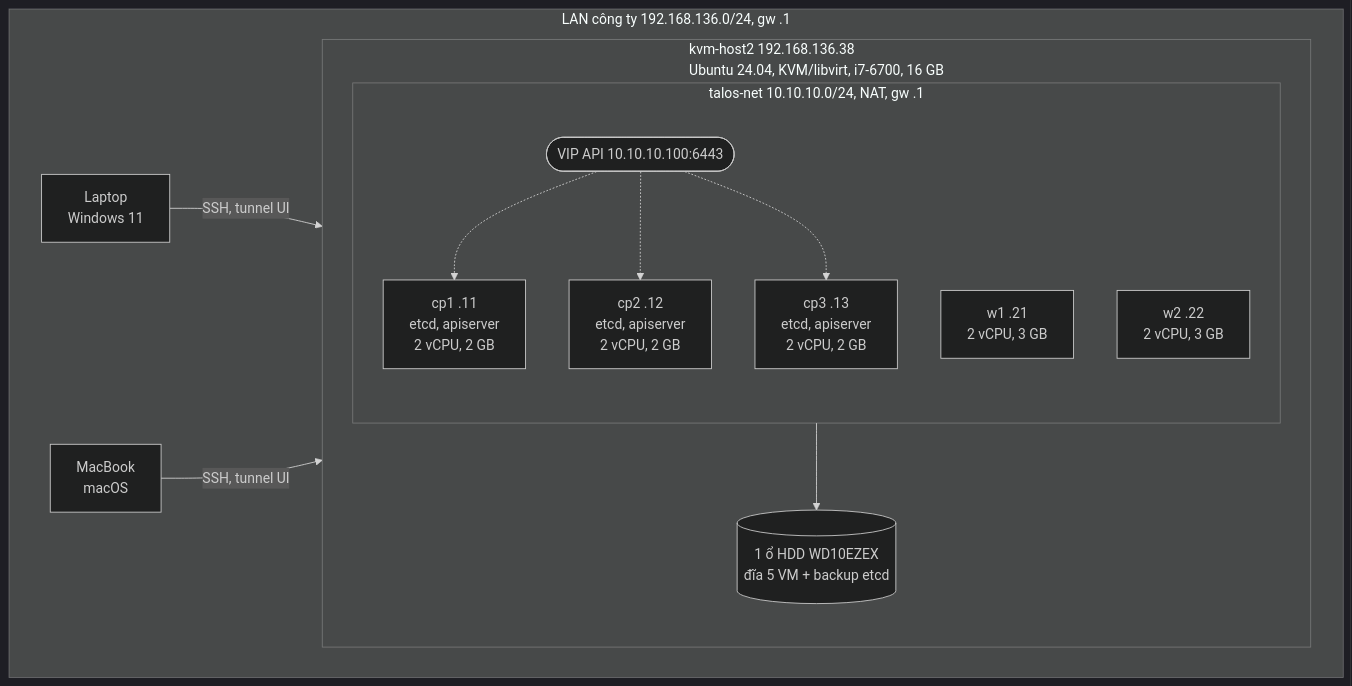
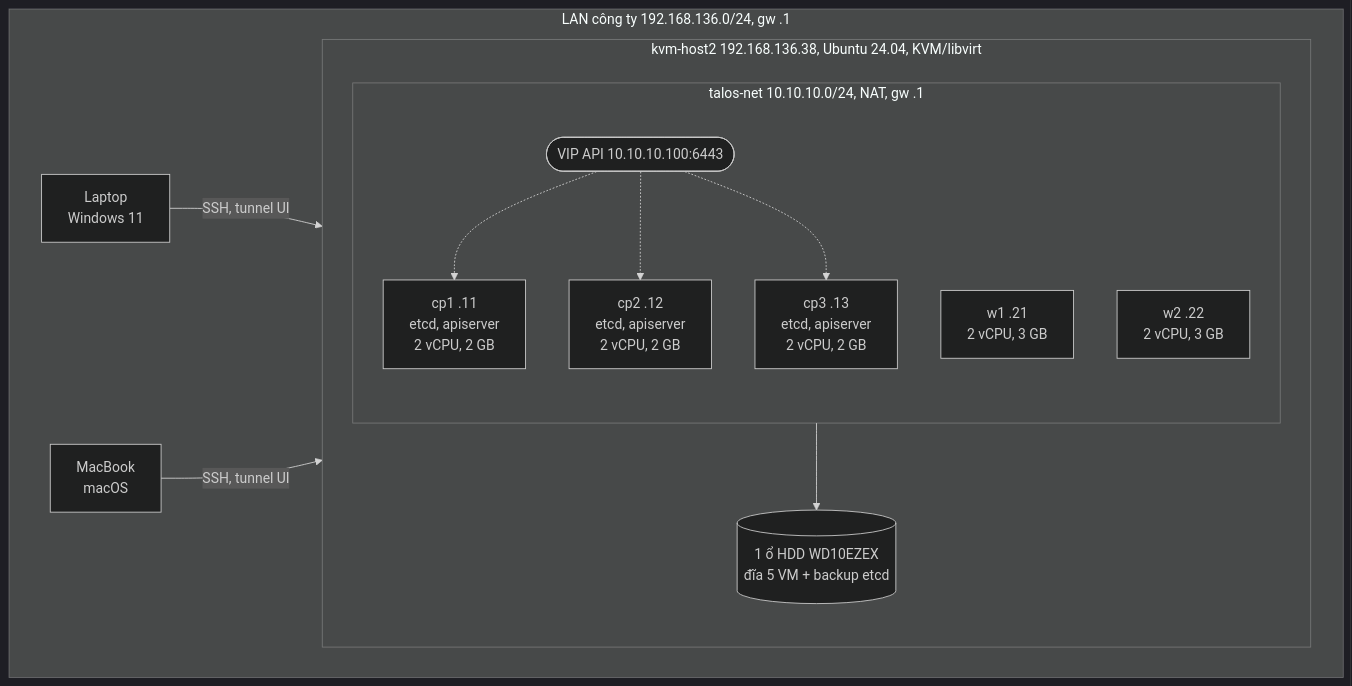
One commit to hungkobe273/talos-gitops changed the first of 3 diagrams in docs/kien-truc.md. Above: the diagram before and after it, drawn with Mermaid (dark theme).

Commit message:
docs: shorten kvm-host2 label so diagram titles do not overlap

````diff
--- a/docs/kien-truc.md
+++ b/docs/kien-truc.md
@@ -11,24 +11,24 @@
 ```mermaid
 flowchart TB
   subgraph LAN["LAN công ty 192.168.136.0/24, gw .1"]
     laptop["Laptop<br/>Windows 11"]
     mac["MacBook<br/>macOS"]
-    subgraph host2["kvm-host2 192.168.136.38<br/>Ubuntu 24.04, KVM/libvirt, i7-6700, 16 GB"]
+    subgraph host2["kvm-host2 192.168.136.38, Ubuntu 24.04, KVM/libvirt"]
       subgraph net["talos-net 10.10.10.0/24, NAT, gw .1"]
         vip(["VIP API 10.10.10.100:6443"])
         cp1["cp1 .11<br/>etcd, apiserver<br/>2 vCPU, 2 GB"]
         cp2["cp2 .12<br/>etcd, apiserver<br/>2 vCPU, 2 GB"]
         cp3["cp3 .13<br/>etcd, apiserver<br/>2 vCPU, 2 GB"]
         w1["w1 .21<br/>2 vCPU, 3 GB"]
         w2["w2 .22<br/>2 vCPU, 3 GB"]
       end
       hdd[("1 ổ HDD WD10EZEX<br/>đĩa 5 VM + backup etcd")]
     end
   end
   laptop -- "SSH, tunnel UI" --> host2
   mac -- "SSH, tunnel UI" --> host2
   vip -.-> cp1
   vip -.-> cp2
   vip -.-> cp3
   net --> hdd
 ```
````
